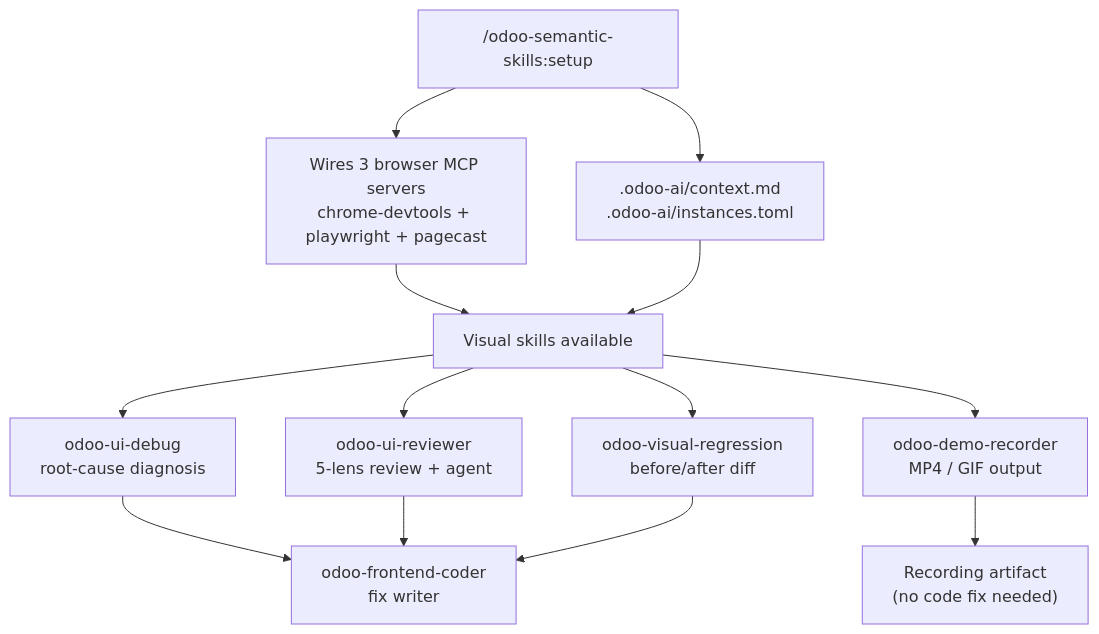
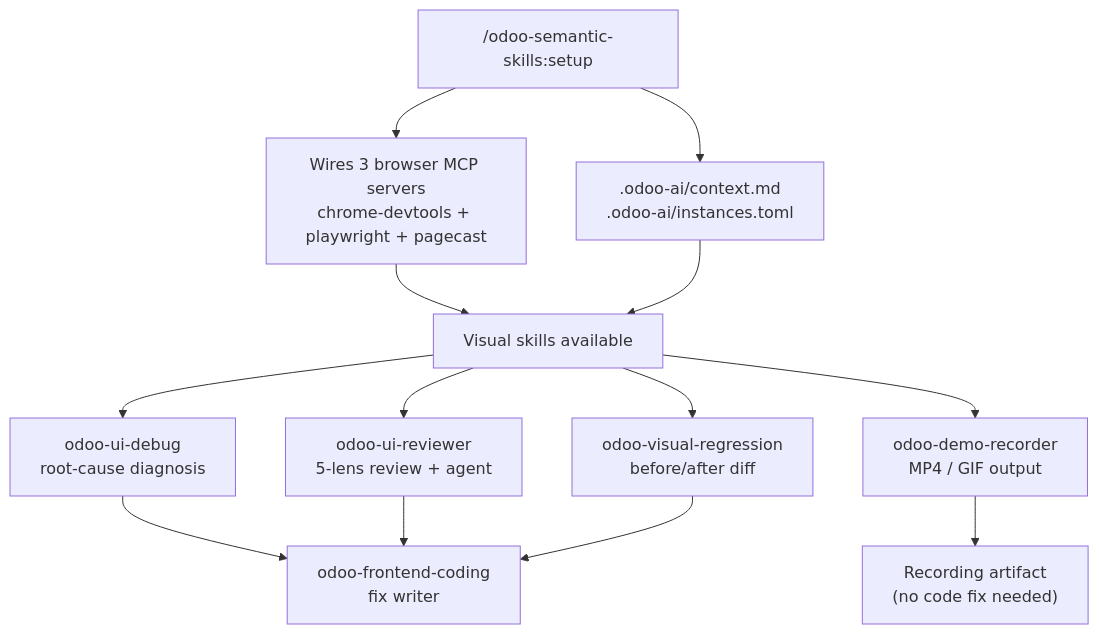
One commit to Viindoo/odoo-mcp-client changed the fifth of 5 diagrams in README.md. Above: the diagram before and after it, drawn with Mermaid. The commit also changed other lines of this file and 40 other files, not shown here.

First line of the commit message:
refactor(odoo-semantic-skills): split odoo-frontend-coder into skill+agent bundle (#43)

````diff
--- a/README.md
+++ b/README.md
@@ -230,20 +230,20 @@
 ```mermaid
 flowchart TD
     SETUP["/odoo-semantic-skills:setup"]
     SETUP --> MCPW["Wires 3 browser MCP servers<br/>chrome-devtools + playwright + pagecast"]
     SETUP --> CTX[".odoo-ai/context.md<br/>.odoo-ai/instances.toml"]
 
     MCPW --> SK["Visual skills available"]
     CTX --> SK
 
     SK --> UID["odoo-ui-debug<br/>root-cause diagnosis"]
     SK --> UIR["odoo-ui-reviewer<br/>5-lens review + agent"]
     SK --> VR["odoo-visual-regression<br/>before/after diff"]
     SK --> DR["odoo-demo-recorder<br/>MP4 / GIF output"]
 
-    UID --> FC["odoo-frontend-coder<br/>fix writer"]
+    UID --> FC["odoo-frontend-coding<br/>fix writer"]
     UIR --> FC
     VR --> FC
 
     DR --> MEDIA["Recording artifact<br/>(no code fix needed)"]
 ```
````
